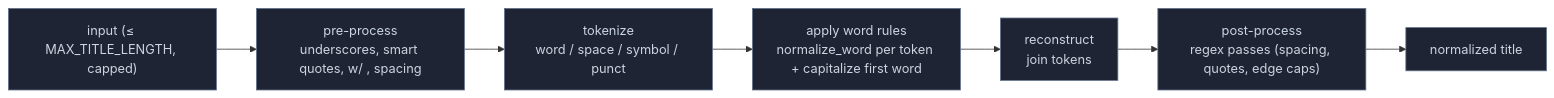
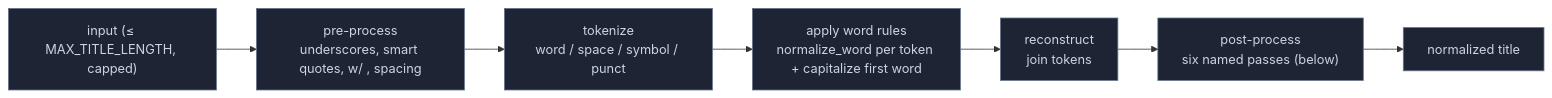
Diagram 18 of 21 in docs/DESIGN.md (PhoenixAdultProvider/PhoenixAdult), drawn with Mermaid before and after one commit. The commit also changed other lines of this file and 2 other files, not shown here.

````diff
--- a/docs/DESIGN.md
+++ b/docs/DESIGN.md
@@ -757,13 +757,13 @@
 ```mermaid
 flowchart LR
   classDef u fill:#1e2433,stroke:#64748b,color:#cbd5e1;
   inp["input (≤ MAX_TITLE_LENGTH, capped)"]:::u
   pre["pre-process<br/>underscores, smart quotes, w/ , spacing"]:::u
   tok["tokenize<br/>word / space / symbol / punct"]:::u
   rules["apply word rules<br/>normalize_word per token + capitalize first word"]:::u
   rec["reconstruct<br/>join tokens"]:::u
-  post["post-process<br/>regex passes (spacing, quotes, edge caps)"]:::u
+  post["post-process<br/>six named passes (below)"]:::u
   out["normalized title"]:::u
 
   inp --> pre --> tok --> rules --> rec --> post --> out
 ```
````
